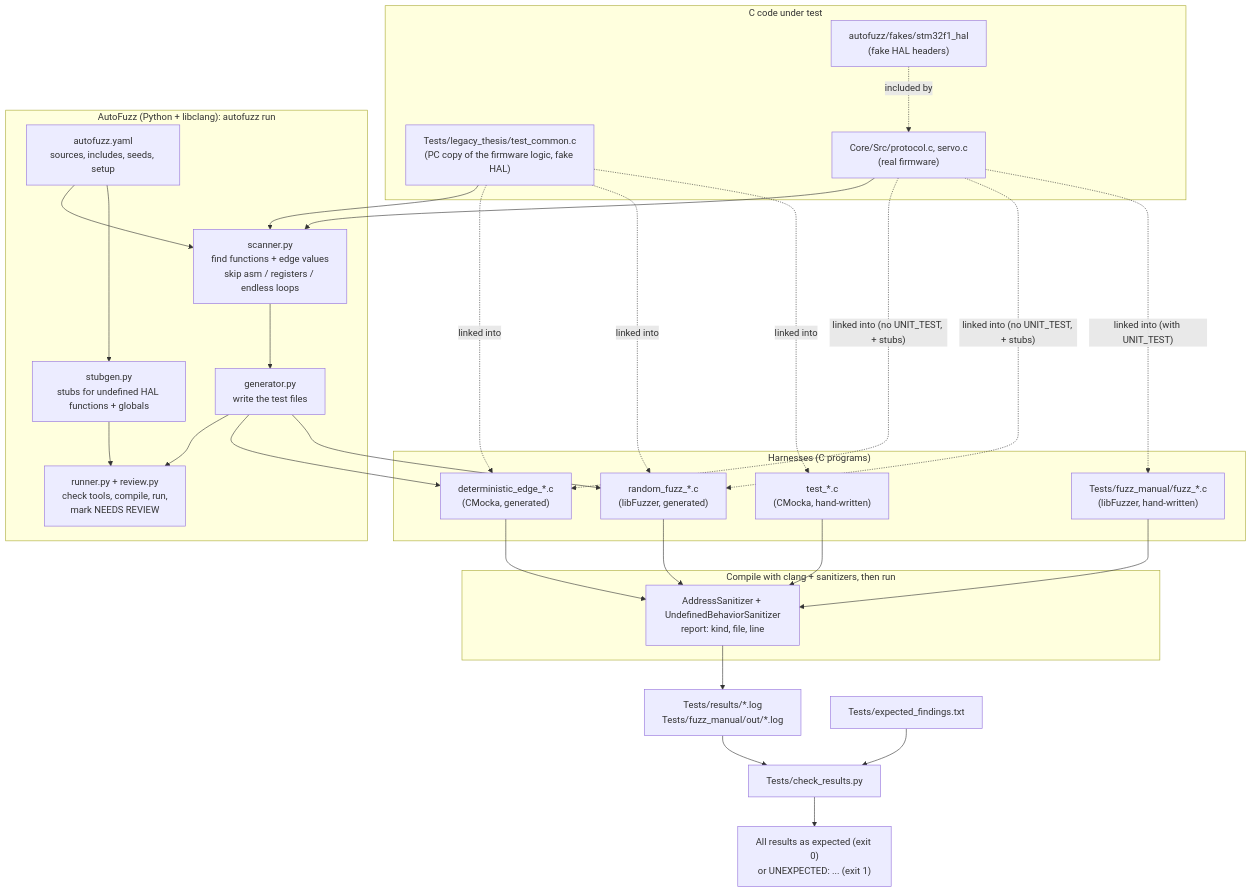
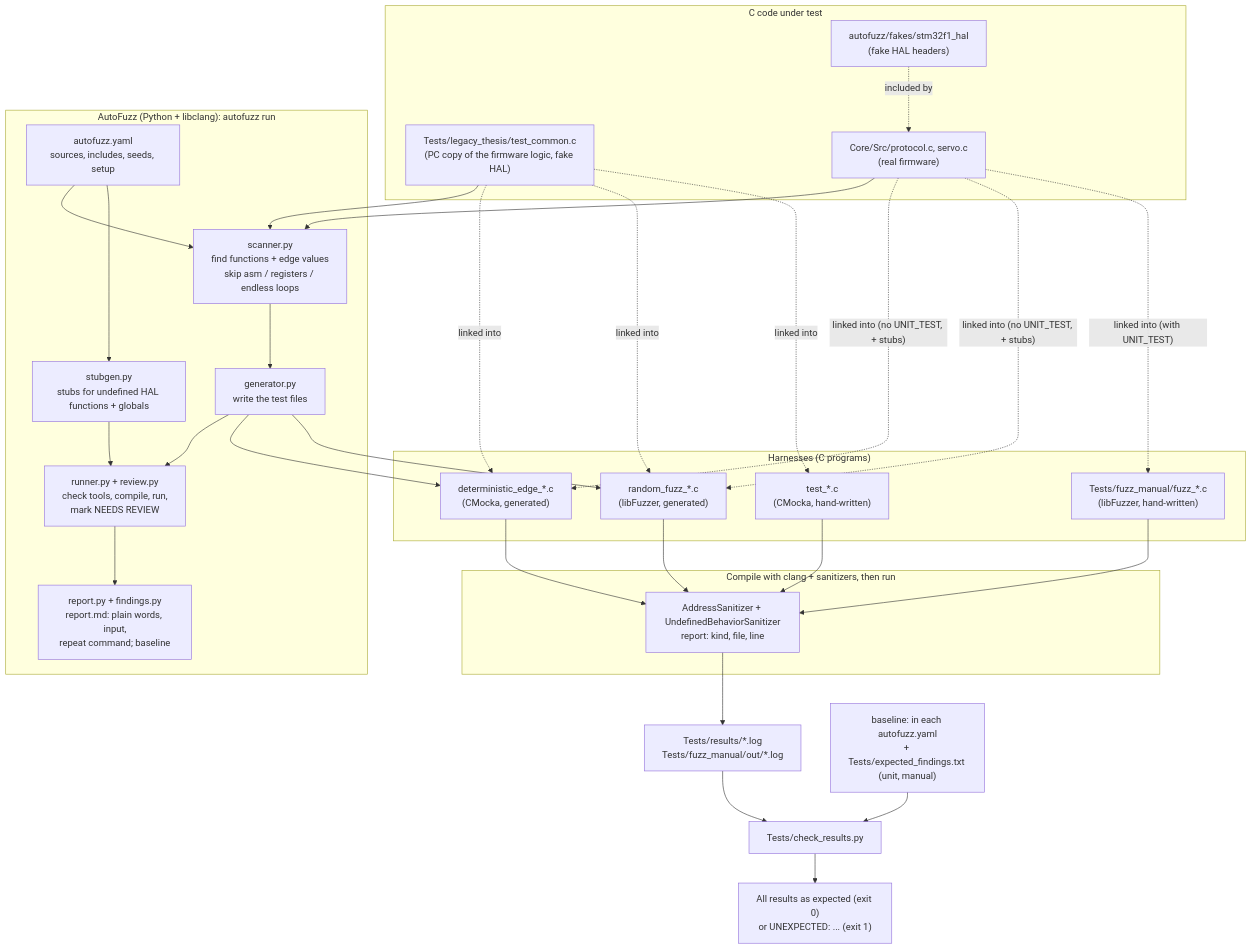
One commit to ChrisDaskalos/Autofuzz_Framework changed the diagram in docs/ARCHITECTURE.md. Above: the diagram before and after it, drawn with Mermaid. The commit also changed other lines of this file and 9 other files, not shown here.

````diff
--- a/docs/ARCHITECTURE.md
+++ b/docs/ARCHITECTURE.md
@@ -9,52 +9,53 @@
 ```mermaid
 flowchart TD
     subgraph SRC["C code under test"]
         COPY["Tests/legacy_thesis/test_common.c<br/>(PC copy of the firmware logic, fake HAL)"]
         REAL["Core/Src/protocol.c, servo.c<br/>(real firmware)"]
         FAKE["autofuzz/fakes/stm32f1_hal<br/>(fake HAL headers)"]
     end
 
     subgraph GEN["AutoFuzz (Python + libclang): autofuzz run"]
         YAML["autofuzz.yaml<br/>sources, includes, seeds, setup"]
         SCAN["scanner.py<br/>find functions + edge values<br/>skip asm / registers / endless loops"]
         STUB["stubgen.py<br/>stubs for undefined HAL functions + globals"]
         GENPY["generator.py<br/>write the test files"]
         RUNPY["runner.py + review.py<br/>check tools, compile, run,<br/>mark NEEDS REVIEW"]
-        YAML --> SCAN --> GENPY --> RUNPY
+        REP["report.py + findings.py<br/>report.md: plain words, input,<br/>repeat command; baseline"]
+        YAML --> SCAN --> GENPY --> RUNPY --> REP
         YAML --> STUB --> RUNPY
     end
 
     subgraph HARN["Harnesses (C programs)"]
         EDGE["deterministic_edge_*.c<br/>(CMocka, generated)"]
         RAND["random_fuzz_*.c<br/>(libFuzzer, generated)"]
         UNIT["test_*.c<br/>(CMocka, hand-written)"]
         MAN["Tests/fuzz_manual/fuzz_*.c<br/>(libFuzzer, hand-written)"]
     end
 
     COPY --> SCAN
     REAL --> SCAN
     FAKE -. included by .-> REAL
     GENPY --> EDGE
     GENPY --> RAND
 
     COPY -. linked into .-> EDGE
     COPY -. linked into .-> RAND
     REAL -. "linked into (no UNIT_TEST, + stubs)" .-> EDGE
     REAL -. "linked into (no UNIT_TEST, + stubs)" .-> RAND
     COPY -. linked into .-> UNIT
     REAL -. "linked into (with UNIT_TEST)" .-> MAN
 
     subgraph RUN["Compile with clang + sanitizers, then run"]
         SAN["AddressSanitizer + UndefinedBehaviorSanitizer<br/>report: kind, file, line"]
     end
 
     EDGE --> SAN
     RAND --> SAN
     UNIT --> SAN
     MAN --> SAN
 
     SAN --> LOGS["Tests/results/*.log<br/>Tests/fuzz_manual/out/*.log"]
     LOGS --> CHECK["Tests/check_results.py"]
-    EXP["Tests/expected_findings.txt"] --> CHECK
+    EXP["baseline: in each autofuzz.yaml<br/>+ Tests/expected_findings.txt (unit, manual)"] --> CHECK
     CHECK --> OUT["All results as expected (exit 0)<br/>or UNEXPECTED: ... (exit 1)"]
 ```
````
